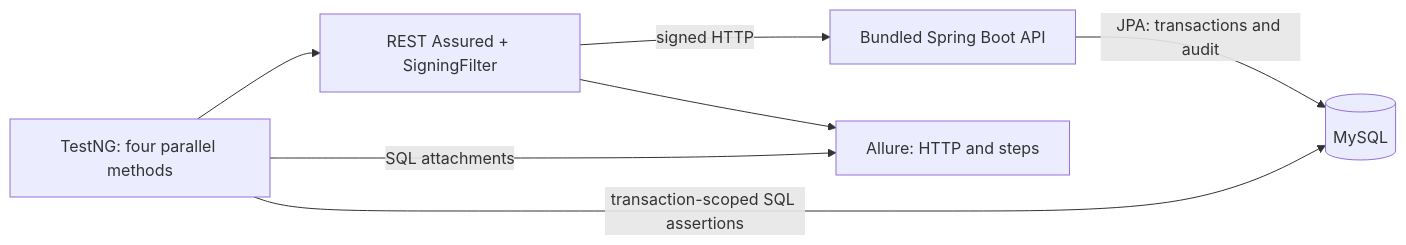
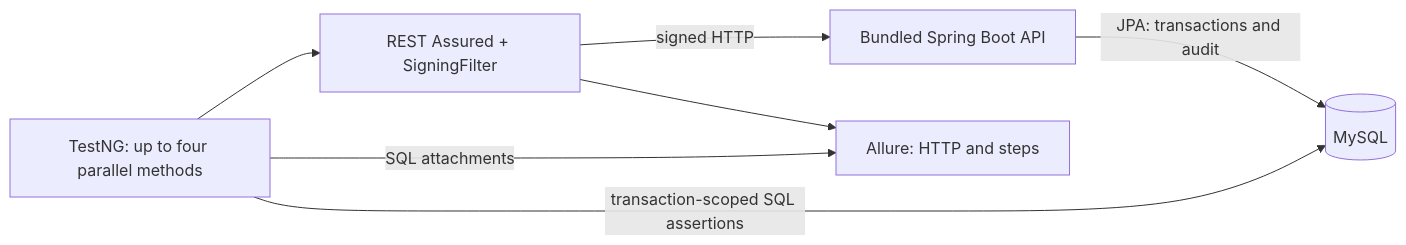
Before and after one commit to yashwant-das/qa-java-restassured-payments: the diagram in README.md, drawn with Mermaid. The commit also changed other lines of this file and 1 other file, not shown here.

Commit message:
docs: clarify client isolation and reporting scope

````diff
--- a/README.md
+++ b/README.md
@@ -23,9 +23,9 @@
 ```mermaid
 flowchart LR
-    T[TestNG: four parallel methods] --> C[REST Assured + SigningFilter]
+    T[TestNG: up to four parallel methods] --> C[REST Assured + SigningFilter]
     C -->|signed HTTP| A[Bundled Spring Boot API]
     A -->|JPA: transactions and audit| D[(MySQL)]
     T -->|transaction-scoped SQL assertions| D
     C --> R[Allure: HTTP and steps]
     T -->|SQL attachments| R
 ```
````
